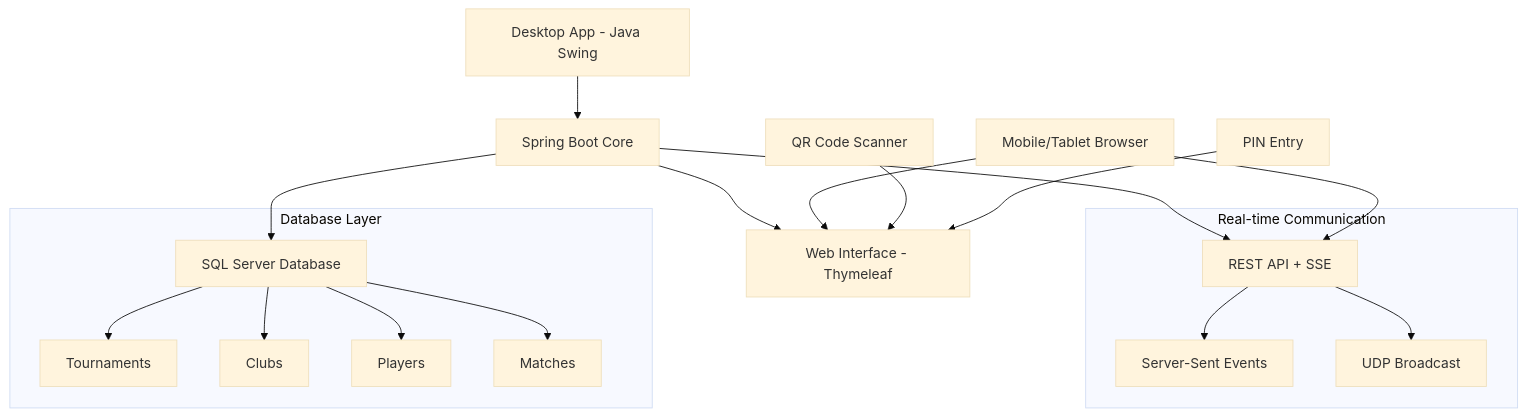
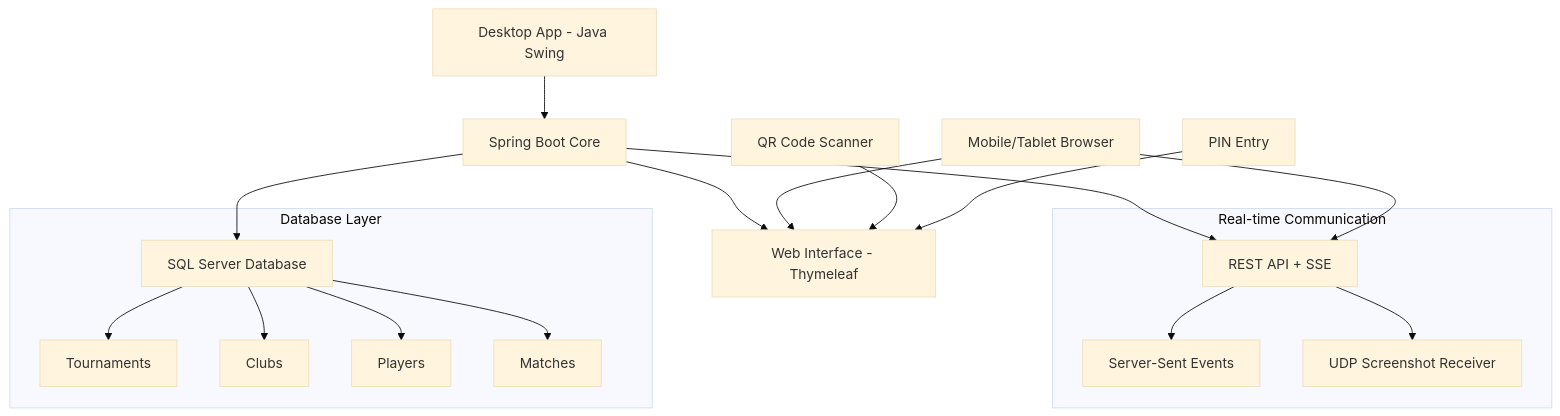
One commit to NguyenHau-IT/Badminton_Tournament_Management_System_DB_SQLSRV changed the diagram in README.md. Above: the diagram before and after it, drawn with Mermaid (base theme). The commit also changed other lines of this file and 3 other files, not shown here.

````diff
--- a/README.md
+++ b/README.md
@@ -61,25 +61,25 @@
 ```mermaid
 graph TB
     A[Desktop App - Java Swing] --> B[Spring Boot Core]
     B --> C[Web Interface - Thymeleaf]
     B --> D[REST API + SSE]
     B --> E[SQL Server Database]
     
     F[Mobile/Tablet Browser] --> C
     F --> D
     
     G[QR Code Scanner] --> C
     H[PIN Entry] --> C
     
-    subgraph "Real-time Communication"
-        D --> I[Server-Sent Events]
-        D --> J[UDP Broadcast]
-    end
+  subgraph "Real-time Communication"
+    D --> I[Server-Sent Events]
+    D --> J[UDP Screenshot Receiver]
+  end
     
     subgraph "Database Layer"
         E --> K[Tournaments]
         E --> L[Clubs]
         E --> M[Players]
         E --> N[Matches]
     end
 ```
````
